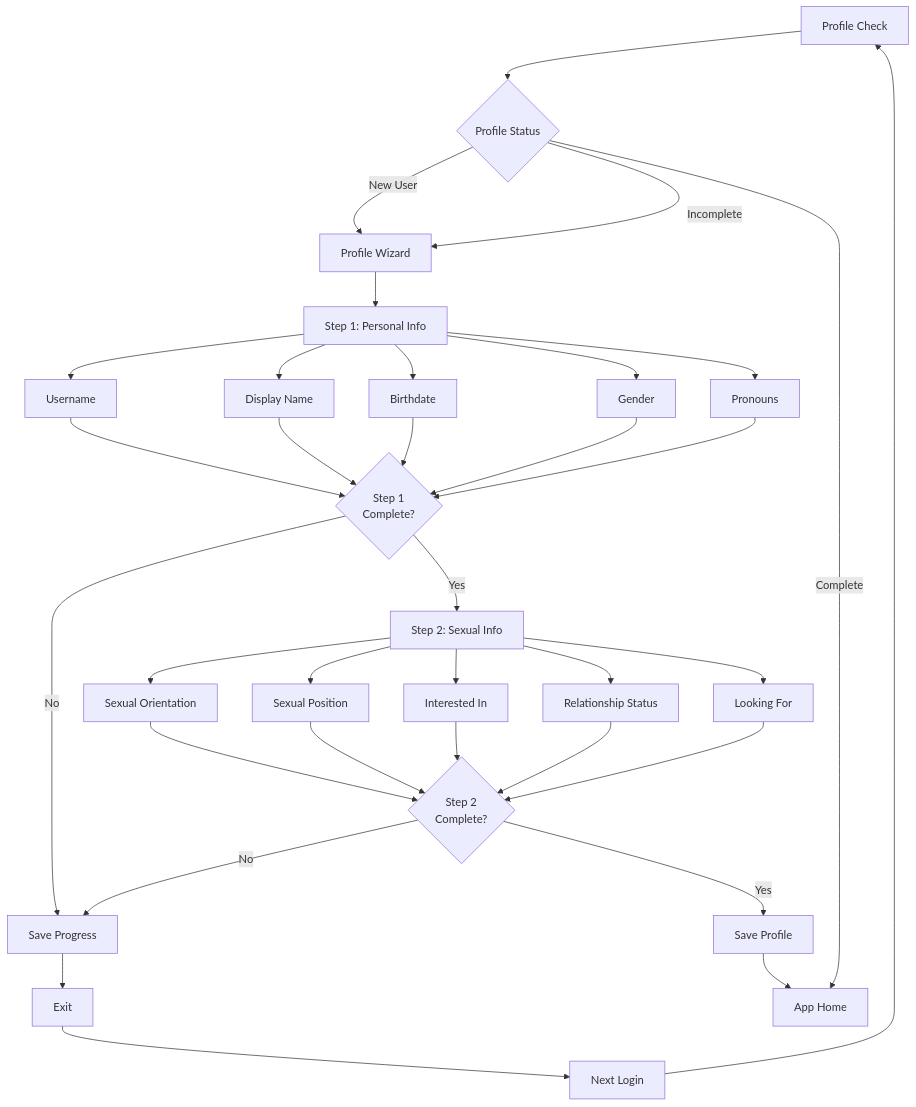
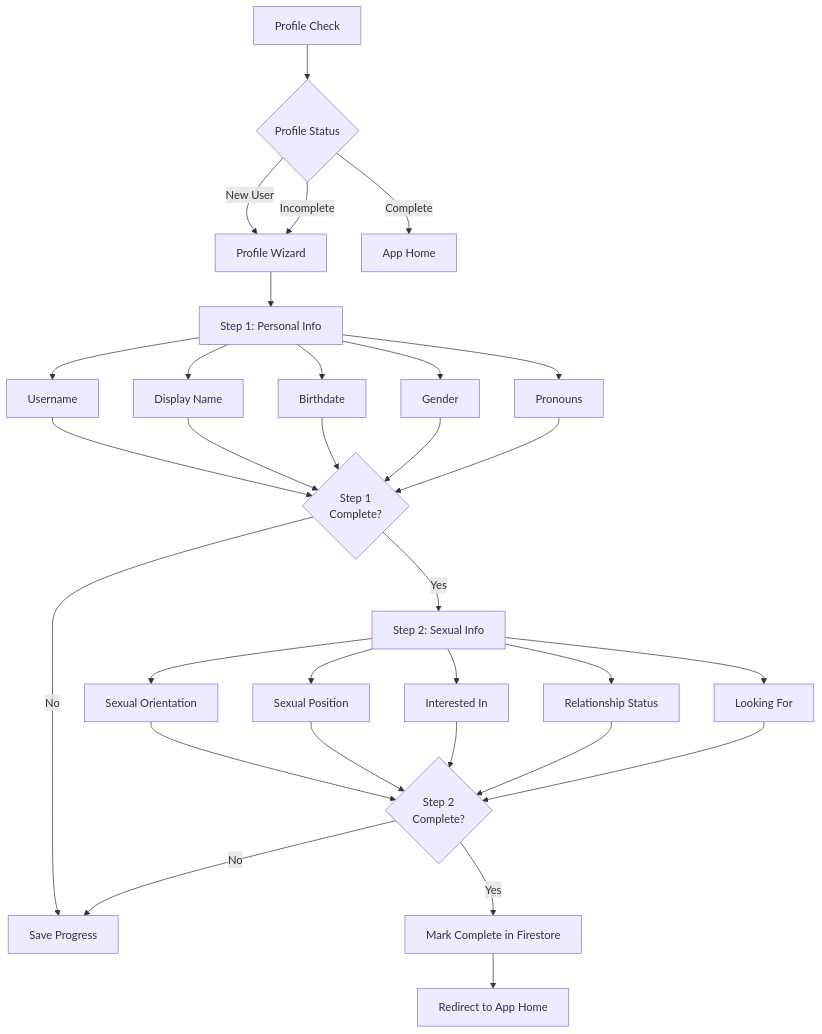
The second of 2 diagrams in docs/(Flows)/authentication-flow.md (sydfernandes/rorny), drawn with Mermaid before and after one commit. The commit also changed other lines of this file and 23 other files, not shown here.

First line of the commit message:
feat(auth): enhance authentication flow with email verification and profile tracking

````diff
--- a/docs/(Flows)/authentication-flow.md
+++ b/docs/(Flows)/authentication-flow.md
@@ -76,34 +88,29 @@
 ```mermaid
 graph TD
     A[Profile Check] --> B{Profile Status}
     B -->|New User| C[Profile Wizard]
     B -->|Incomplete| C
     B -->|Complete| D[App Home]
     
     C --> E[Step 1: Personal Info]
     E --> E1[Username]
     E --> E2[Display Name]
     E --> E3[Birthdate]
     E --> E4[Gender]
     E --> E5[Pronouns]
     
     E1 & E2 & E3 & E4 & E5 --> F{Step 1<br>Complete?}
     F -->|No| G[Save Progress]
     F -->|Yes| H[Step 2: Sexual Info]
     
     H --> H1[Sexual Orientation]
     H --> H2[Sexual Position]
     H --> H3[Interested In]
     H --> H4[Relationship Status]
     H --> H5[Looking For]
     
     H1 & H2 & H3 & H4 & H5 --> I{Step 2<br>Complete?}
     I -->|No| G
-    I -->|Yes| J[Save Profile]
-    
-    G --> K[Exit]
-    K --> L[Next Login]
-    L --> A
-    
-    J --> D
+    I -->|Yes| J[Mark Complete in Firestore]
+    J --> K[Redirect to App Home]
 ```
````
